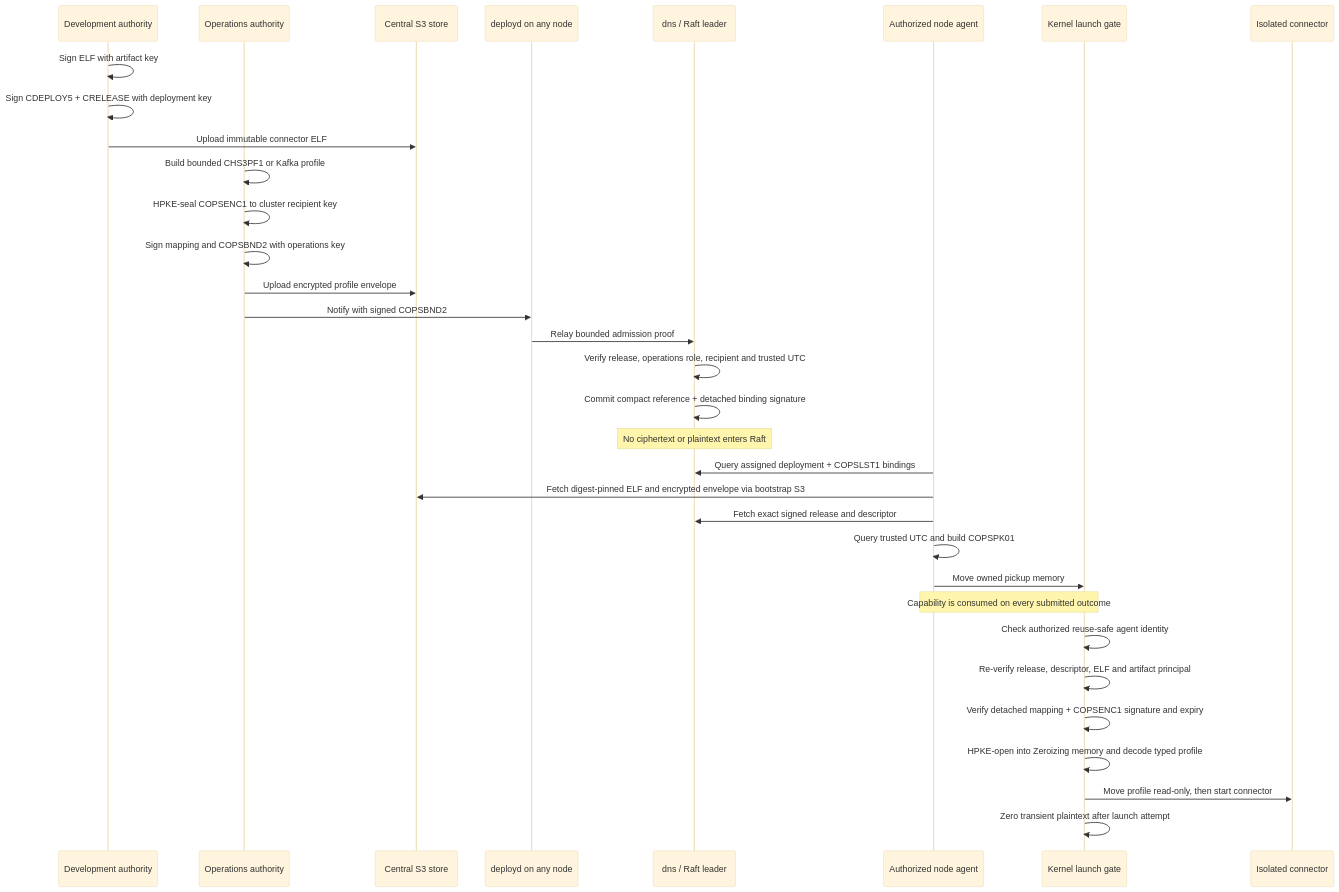
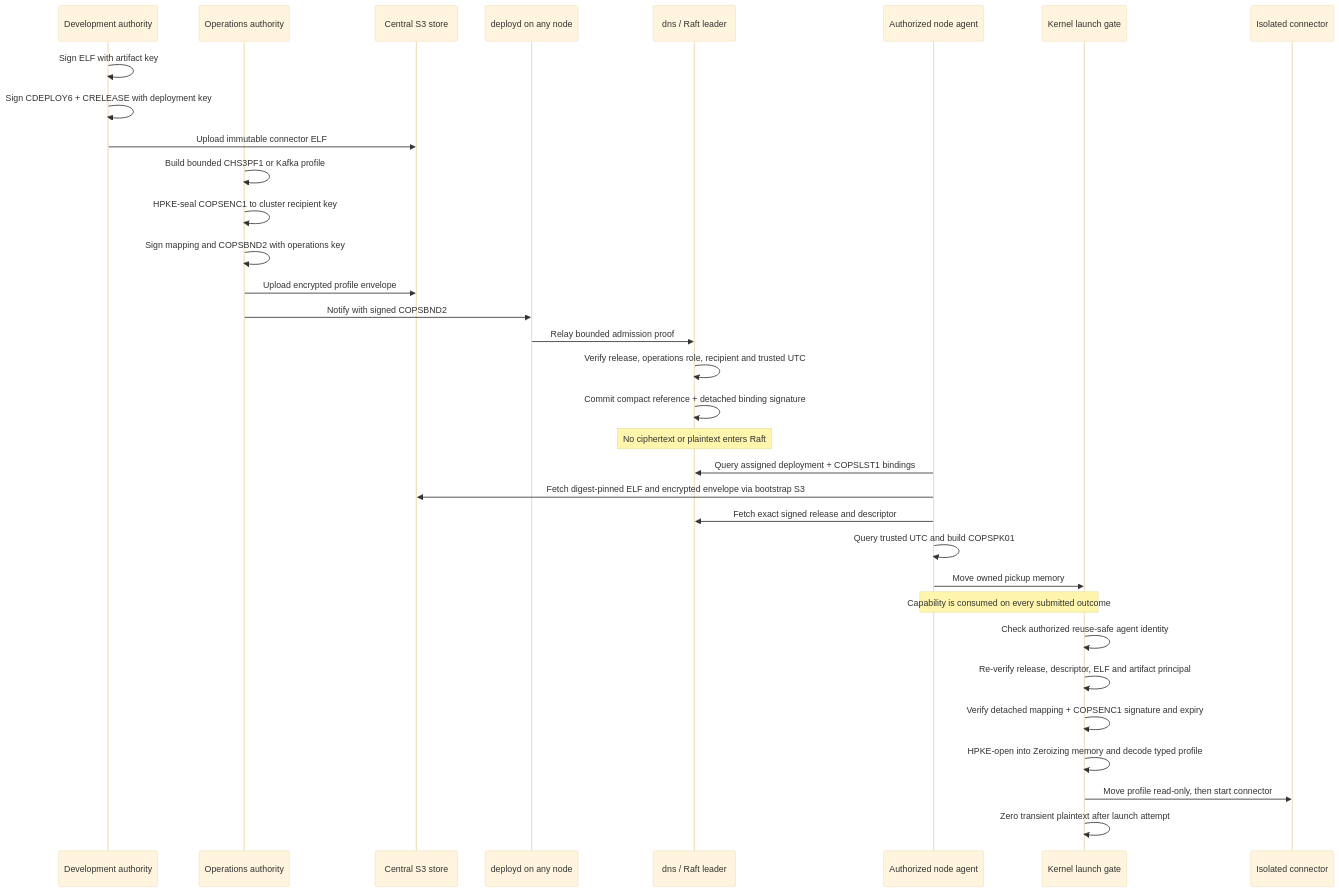
Before and after one commit to FrodeRanders/charlotte-os: the ninth of 14 diagrams in docs/figures.md, drawn with Mermaid (base theme). The commit also changed other lines of this file and 55 other files, not shown here.

Commit message:
Support architecture-aware signed deployment variants

````diff
--- a/docs/figures.md
+++ b/docs/figures.md
@@ -396,40 +396,40 @@
 ```mermaid
 sequenceDiagram
 participant DEV as Development authority
 participant OPS as Operations authority
 participant O as Central S3 store
 participant D as deployd on any node
 participant R as dns / Raft leader
 participant A as Authorized node agent
 participant K as Kernel launch gate
 participant C as Isolated connector
 
       DEV->>DEV: Sign ELF with artifact key
-      DEV->>DEV: Sign CDEPLOY5 + CRELEASE with deployment key
+      DEV->>DEV: Sign CDEPLOY6 + CRELEASE with deployment key
       DEV->>O: Upload immutable connector ELF
 
       OPS->>OPS: Build bounded CHS3PF1 or Kafka profile
       OPS->>OPS: HPKE-seal COPSENC1 to cluster recipient key
       OPS->>OPS: Sign mapping and COPSBND2 with operations key
       OPS->>O: Upload encrypted profile envelope
       OPS->>D: Notify with signed COPSBND2
 
       D->>R: Relay bounded admission proof
       R->>R: Verify release, operations role, recipient and trusted UTC
       R->>R: Commit compact reference + detached binding signature
       Note over R: No ciphertext or plaintext enters Raft
 
       A->>R: Query assigned deployment + COPSLST1 bindings
       A->>O: Fetch digest-pinned ELF and encrypted envelope via bootstrap S3
       A->>R: Fetch exact signed release and descriptor
       A->>A: Query trusted UTC and build COPSPK01
       A->>K: Move owned pickup memory
       Note over A,K: Capability is consumed on every submitted outcome
 
       K->>K: Check authorized reuse-safe agent identity
       K->>K: Re-verify release, descriptor, ELF and artifact principal
       K->>K: Verify detached mapping + COPSENC1 signature and expiry
       K->>K: HPKE-open into Zeroizing memory and decode typed profile
       K->>C: Move profile read-only, then start connector
       K->>K: Zero transient plaintext after launch attempt
 ```
````
